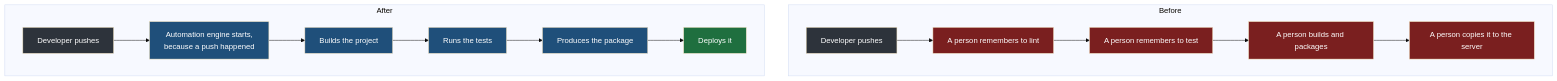
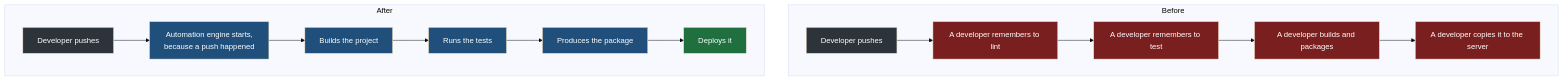
Before and after one commit to Dummy-Bug/system-design-handbook: the first of 3 diagrams in Devops/05-CI-CD/02-The-Pipeline.md, drawn with Mermaid (base theme). The commit also changed other lines of this file and 22 other files, not shown here.

````diff
--- a/Devops/05-CI-CD/02-The-Pipeline.md
+++ b/Devops/05-CI-CD/02-The-Pipeline.md
@@ -20,27 +20,27 @@
 ```mermaid
 flowchart TD
     subgraph BEFORE["Before"]
-        D1["Developer pushes"] --> H1["A person remembers to lint"]
-        H1 --> H2["A person remembers to test"]
-        H2 --> H3["A person builds and packages"]
-        H3 --> H4["A person copies it to the server"]
+        D1["Developer pushes"] --> H1["A developer remembers to lint"]
+        H1 --> H2["A developer remembers to test"]
+        H2 --> H3["A developer builds and packages"]
+        H3 --> H4["A developer copies it to the server"]
     end
     subgraph AFTER["After"]
         D2["Developer pushes"] --> A1["Automation engine starts,<br/>because a push happened"]
         A1 --> A2["Builds the project"]
         A2 --> A3["Runs the tests"]
         A3 --> A4["Produces the package"]
         A4 --> A5["Deploys it"]
     end
     style D1 fill:#2d333b,color:#fff
     style H1 fill:#7a1f1f,color:#fff
     style H2 fill:#7a1f1f,color:#fff
     style H3 fill:#7a1f1f,color:#fff
     style H4 fill:#7a1f1f,color:#fff
     style D2 fill:#2d333b,color:#fff
     style A1 fill:#1f4f7a,color:#fff
     style A2 fill:#1f4f7a,color:#fff
     style A3 fill:#1f4f7a,color:#fff
     style A4 fill:#1f4f7a,color:#fff
     style A5 fill:#1f6f3f,color:#fff
 ```
````
